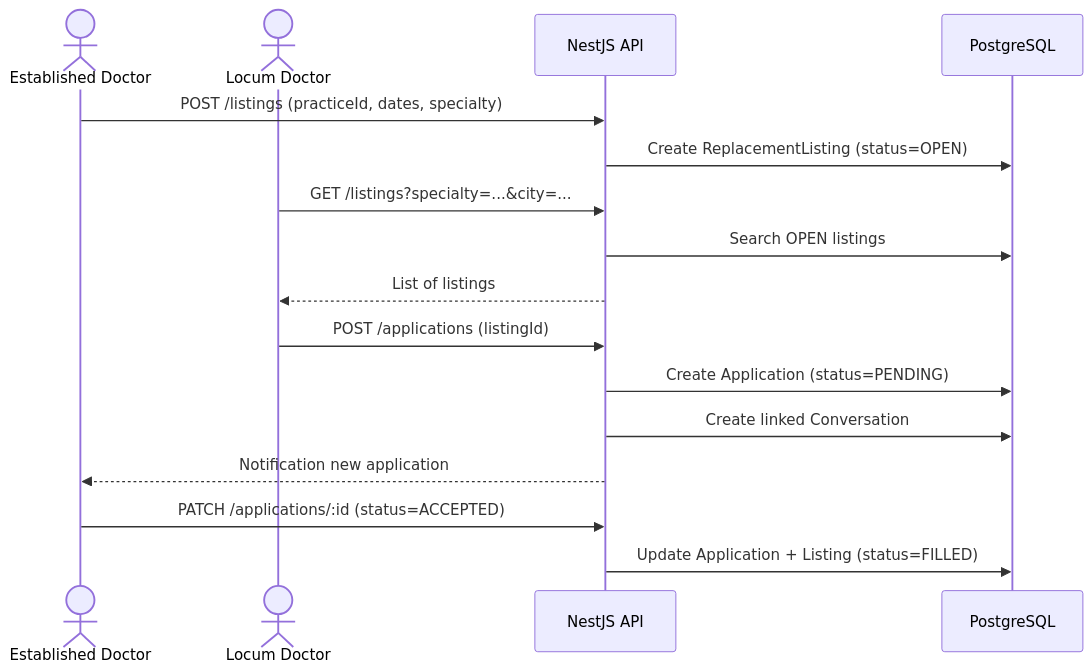
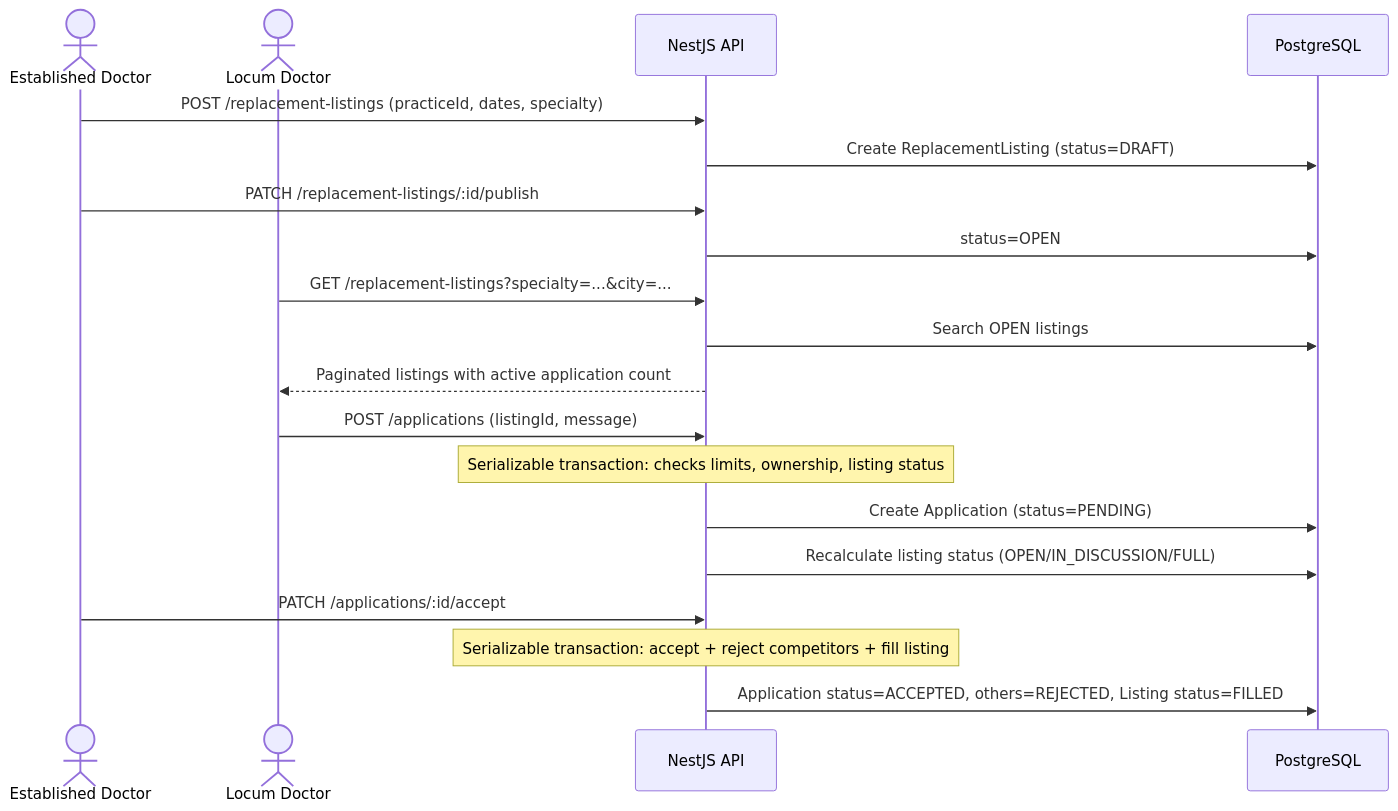
One commit to lellis-medical-group/kineo-nest-backend changed the fourth of 6 diagrams in README.md. Above: the diagram before and after it, drawn with Mermaid. The commit also changed other lines of this file, not shown here.

````diff
--- a/README.md
+++ b/README.md
@@ -195,22 +190,25 @@
 ```mermaid
 sequenceDiagram
     actor I as Established Doctor
     actor R as Locum Doctor
     participant API as NestJS API
     participant DB as PostgreSQL
 
-    I->>API: POST /listings (practiceId, dates, specialty)
-    API->>DB: Create ReplacementListing (status=OPEN)
+    I->>API: POST /replacement-listings (practiceId, dates, specialty)
+    API->>DB: Create ReplacementListing (status=DRAFT)
+    I->>API: PATCH /replacement-listings/:id/publish
+    API->>DB: status=OPEN
 
-    R->>API: GET /listings?specialty=...&city=...
+    R->>API: GET /replacement-listings?specialty=...&city=...
     API->>DB: Search OPEN listings
-    API-->>R: List of listings
+    API-->>R: Paginated listings with active application count
 
-    R->>API: POST /applications (listingId)
+    R->>API: POST /applications (listingId, message)
+    Note over API: Serializable transaction: checks limits, ownership, listing status
     API->>DB: Create Application (status=PENDING)
-    API->>DB: Create linked Conversation
-    API-->>I: Notification new application
+    API->>DB: Recalculate listing status (OPEN/IN_DISCUSSION/FULL)
 
-    I->>API: PATCH /applications/:id (status=ACCEPTED)
-    API->>DB: Update Application + Listing (status=FILLED)
+    I->>API: PATCH /applications/:id/accept
+    Note over API: Serializable transaction: accept + reject competitors + fill listing
+    API->>DB: Application status=ACCEPTED, others=REJECTED, Listing status=FILLED
 ```
````
